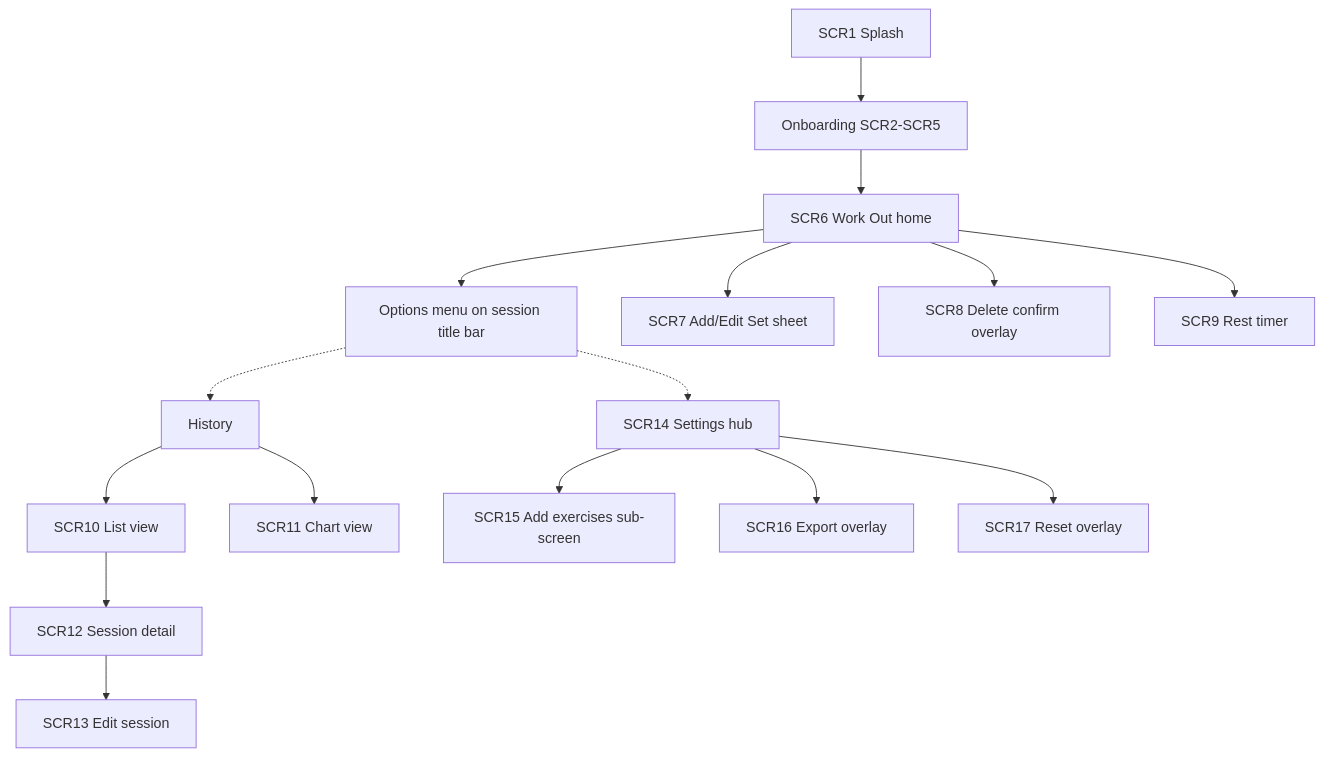
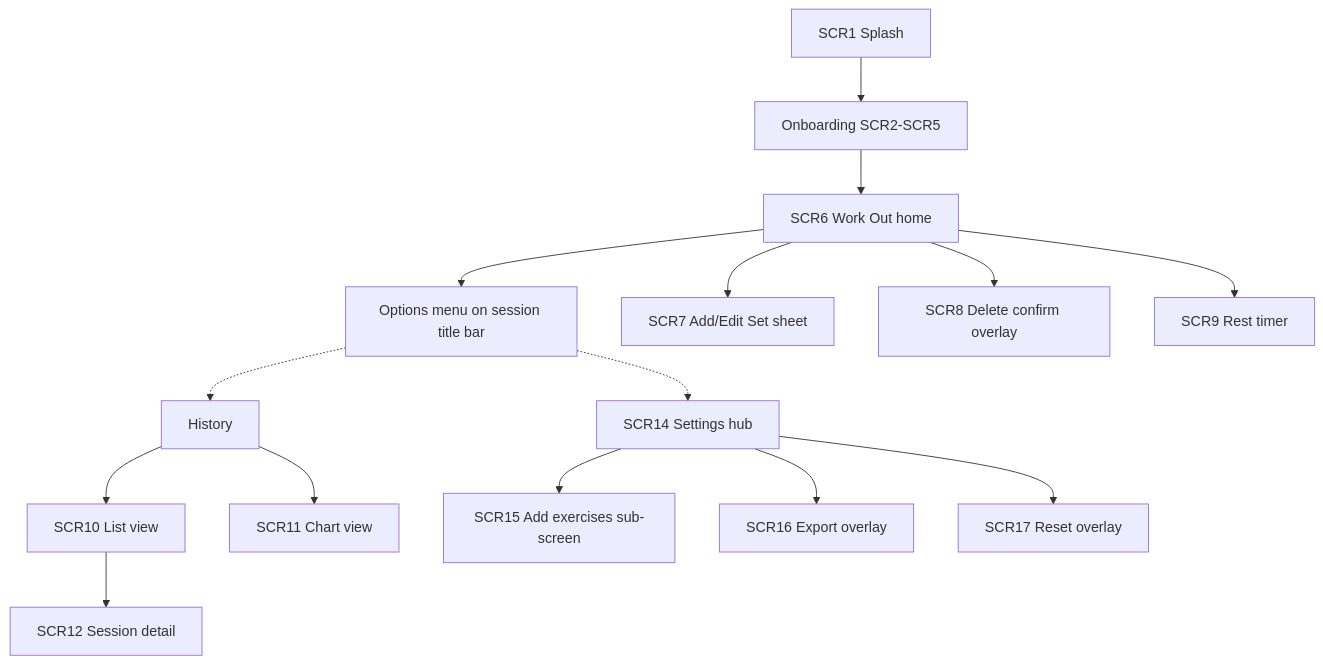
The third of 5 diagrams in docs/blueprint.md (harsh-language/ultraload-expo), drawn with Mermaid before and after one commit. The commit also changed other lines of this file and 21 other files, not shown here.

````diff
--- a/docs/blueprint.md
+++ b/docs/blueprint.md
@@ -140,18 +140,17 @@
 ```mermaid
 flowchart TD
   splash["SCR1 Splash"] --> onb["Onboarding SCR2-SCR5"]
   onb --> wo["SCR6 Work Out home"]
   wo --> menu["Options menu on session title bar"]
   menu -.-> hist["History"]
   menu -.-> set["SCR14 Settings hub"]
   wo --> sheet["SCR7 Add/Edit Set sheet"]
   wo --> del["SCR8 Delete confirm overlay"]
   wo --> timer["SCR9 Rest timer"]
   hist --> list["SCR10 List view"]
   hist --> chart["SCR11 Chart view"]
   list --> detail["SCR12 Session detail"]
-  detail --> editS["SCR13 Edit session"]
   set --> addEx["SCR15 Add exercises sub-screen"]
   set --> exp["SCR16 Export overlay"]
   set --> reset["SCR17 Reset overlay"]
 ```
````
